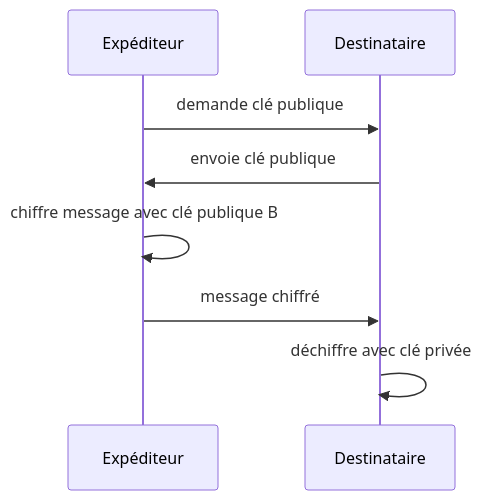
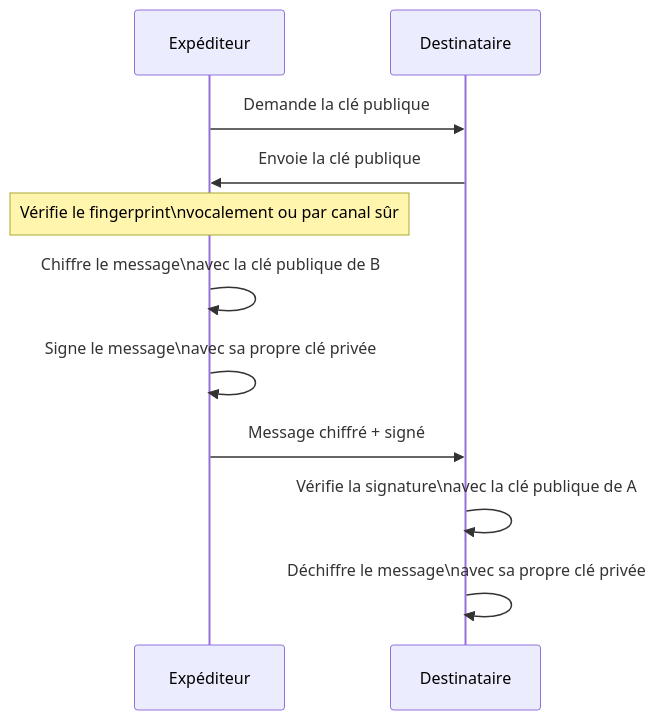
Before and after one commit to zyrass/omnydocs: the third of 3 diagrams in docs/bases/crypto/gpg.md, drawn with Mermaid. The commit also changed other lines of this file and 723 other files, not shown here.

````diff
--- a/docs/bases/crypto/gpg.md
+++ b/docs/bases/crypto/gpg.md
@@ -195,11 +238,14 @@
 ```mermaid
 sequenceDiagram
     participant A as Expéditeur
     participant B as Destinataire
 
-    A->>B: demande clé publique
-    B->>A: envoie clé publique
-    A->>A: chiffre message avec clé publique B
-    A->>B: message chiffré
-    B->>B: déchiffre avec clé privée
+    A->>B: Demande la clé publique
+    B->>A: Envoie la clé publique
+    Note over A: Vérifie le fingerprint\nvocalement ou par canal sûr
+    A->>A: Chiffre le message\navec la clé publique de B
+    A->>A: Signe le message\navec sa propre clé privée
+    A->>B: Message chiffré + signé
+    B->>B: Vérifie la signature\navec la clé publique de A
+    B->>B: Déchiffre le message\navec sa propre clé privée
 ```
````
